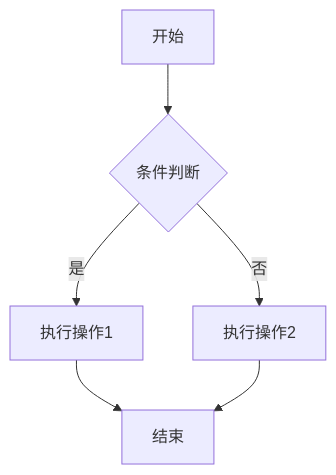
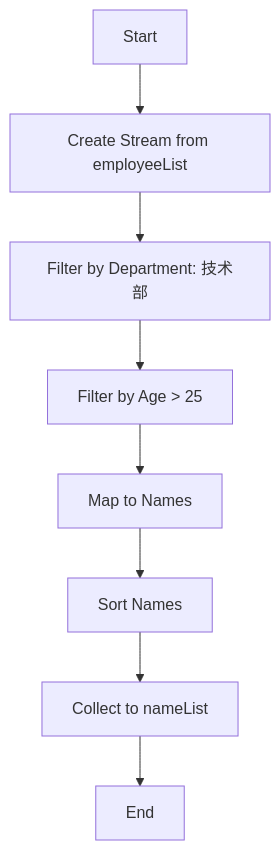
The diagram in source/_posts/JavaStream流.md (zero201913/reimu-blog-source), drawn with Mermaid before and after one commit. The commit also changed other lines of this file and 23 other files, not shown here.

Commit message:
更改文件主题图片，鼠标指针，增加文章

````diff
--- a/source/_posts/JavaStream流.md
+++ b/source/_posts/JavaStream流.md
@@ -25,8 +80,10 @@
 ```mermaid
-graph TD
-    A[开始] --> B{条件判断}
-    B -->|是| C[执行操作1]
-    B -->|否| D[执行操作2]
-    C --> E[结束]
-    D --> E
+graph TD;
+    A[Start] --> B[Create Stream from employeeList];
+    B --> C[Filter by Department: 技术部];
+    C --> D[Filter by Age > 25];
+    D --> E[Map to Names];
+    E --> F[Sort Names];
+    F --> G[Collect to nameList];
+    G --> H[End];
 ```
````
